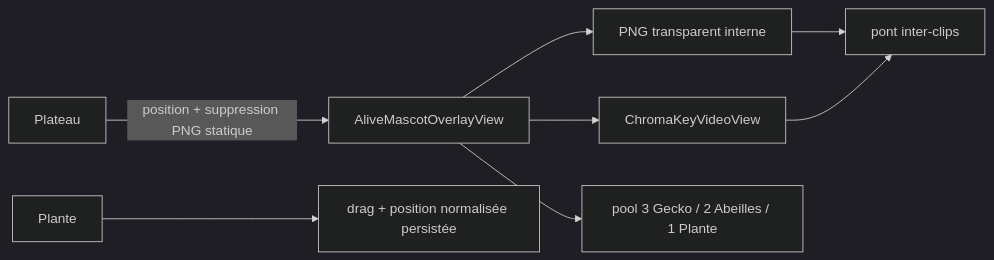
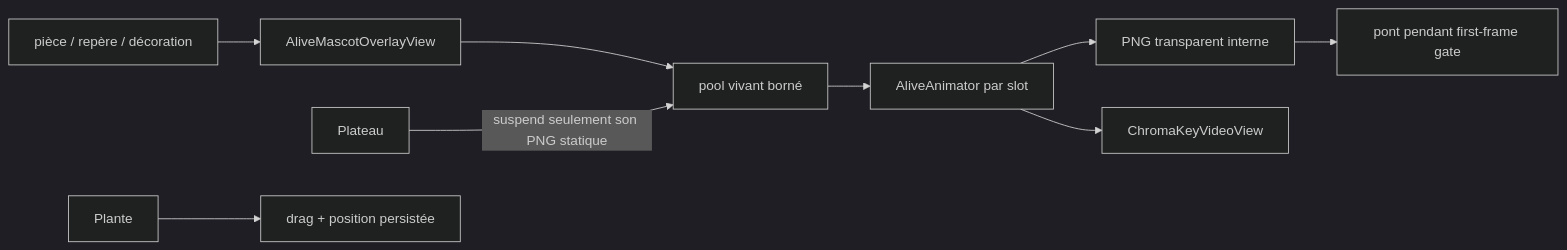
One commit to greenpower2669/GeckoDoku changed diagram 17 of 18 in brainmap.md. Above: the diagram before and after it, drawn with Mermaid (dark theme). The commit also changed other lines of this file and 4 other files, not shown here.

```diff
--- a/brainmap.md
+++ b/brainmap.md
@@ -531,10 +494,11 @@
 ~~~mermaid
 flowchart LR
-    Board[Plateau] -->|position + suppression PNG statique| Alive[AliveMascotOverlayView]
-    Alive --> PNG[PNG transparent interne]
-    Alive --> Video[ChromaKeyVideoView]
-    PNG --> Bridge[pont inter-clips]
-    Video --> Bridge
-    Alive --> Pool[pool 3 Gecko / 2 Abeilles / 1 Plante]
-    Plant[Plante] --> Drag[drag + position normalisée persistée]
+    Event[pièce / repère / décoration] --> Layer[AliveMascotOverlayView]
+    Layer --> Slot[pool vivant borné]
+    Slot --> A[AliveAnimator par slot]
+    A --> PNG[PNG transparent interne]
+    A --> Video[ChromaKeyVideoView]
+    PNG --> Bridge[pont pendant first-frame gate]
+    Board[Plateau] -->|suspend seulement son PNG statique| Slot
+    Plant[Plante] --> Drag[drag + position persistée]
 ~~~
```
